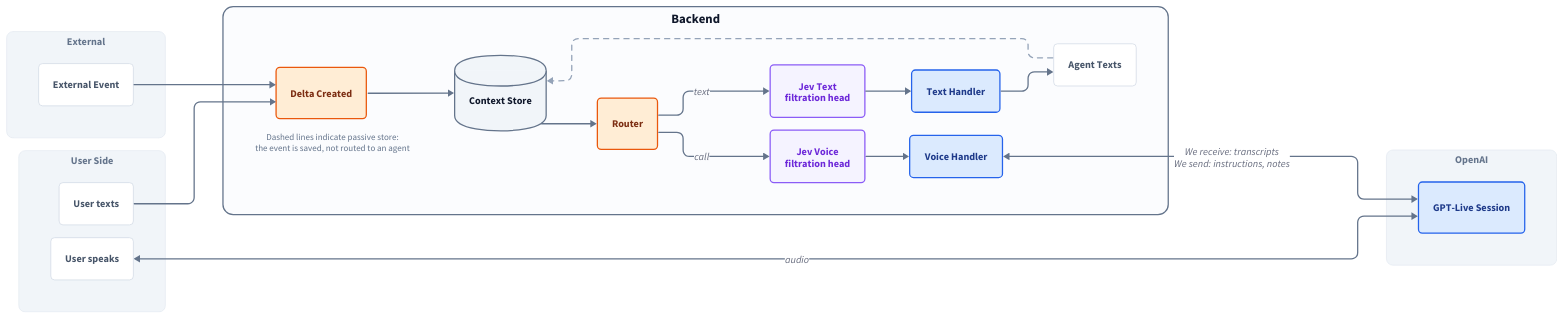
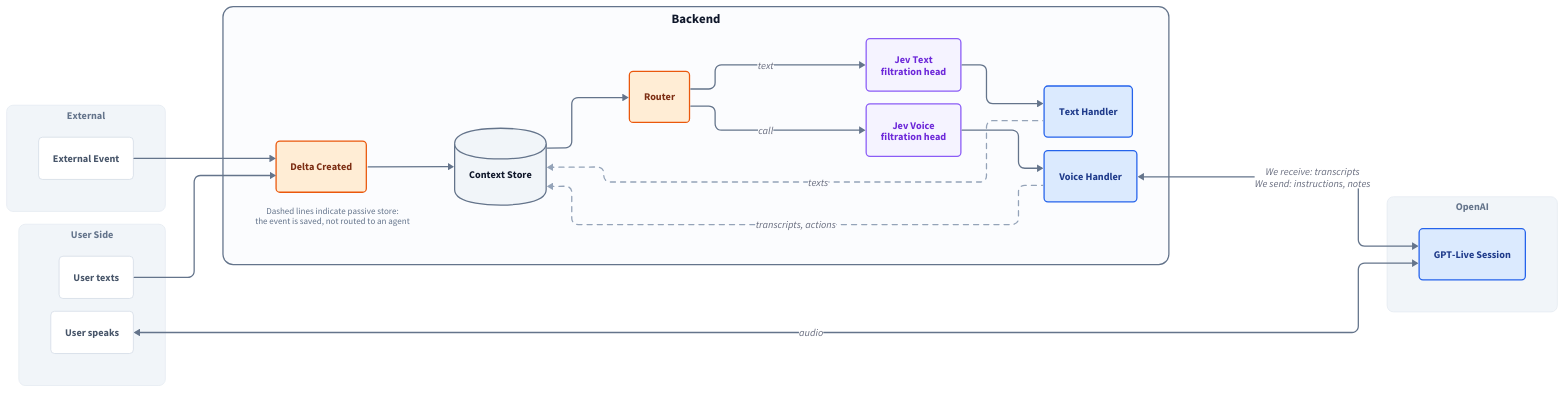
The diagram in docs/diagrams/routing.d2 (scaryjoshie/persona-takehome), drawn with D2 before and after one commit. The commit also changed 3 other files, not shown here.

Commit message:
Routing diagram: the Text Handler writes texts and the Voice Handler transcripts and actions to the Context Store

```diff
--- a/docs/diagrams/routing.d2
+++ b/docs/diagrams/routing.d2
@@ -1,65 +1,65 @@
 # Event routing. Render: d2 routing.d2 routing.svg
 # Styling follows cado's tools/depgraph/arch.d2: white leaves on tinted trays, slate edges.
 vars: {
   d2-config: { layout-engine: elk; theme-id: 0; pad: 40 }
 }
 direction: right
 
 classes: {
   leaf: { style: { fill: "#FFFFFF"; stroke: "#CBD5E1"; stroke-width: 1; border-radius: 6; font-color: "#475569" } }
   flow: { style: { fill: "#FFEDD5"; stroke: "#EA580C"; stroke-width: 2; border-radius: 6; font-color: "#7C2D12"; bold: true } }
   agent: { style: { fill: "#DBEAFE"; stroke: "#2563EB"; stroke-width: 2; border-radius: 6; font-color: "#1E3A8A" } }
   jev: { style: { fill: "#F5F3FF"; stroke: "#8B5CF6"; stroke-width: 2; border-radius: 6; font-color: "#6D28D9"; italic: true } }
   store: { shape: cylinder; style: { fill: "#F1F5F9"; stroke: "#64748B"; stroke-width: 2; font-color: "#0F172A" } }
   domain: { style: { fill: "#FBFCFE"; stroke: "#64748B"; stroke-width: 2; border-radius: 16; font-color: "#0F172A"; bold: true; font-size: 20 } }
   layer: { style: { fill: "#F1F5F9"; stroke: "#E2E8F0"; stroke-width: 1; border-radius: 10; font-color: "#64748B"; font-size: 16; bold: true } }
   wire: { style: { stroke: "#64748B"; stroke-width: 2 } }
   passive: { style: { stroke: "#94A3B8"; stroke-width: 2; stroke-dash: 4 } }
 }
 
 external: "External" {
   class: layer
   event: "External Event" { class: leaf }
 }
 
 user: "User Side" {
   class: layer
   texts: "User texts" { class: leaf }
   speaks: "User speaks" { class: leaf }
 }
 
 backend: "Backend" {
   class: domain
   delta: "Delta Created" { class: flow }
   store: "Context Store" { class: store }
   router: "Router" { class: flow }
   jev_text: "Jev Text\nfiltration head" { class: jev }
   jev_voice: "Jev Voice\nfiltration head" { class: jev }
   text: "Text Handler" { class: agent }
   voice: "Voice Handler" { class: agent }
-  agent_texts: "Agent Texts" { class: leaf }
   note: "Dashed lines indicate passive store:\nthe event is saved, not routed to an agent" {
     shape: text
     style.font-color: "#64748B"
     style.font-size: 14
   }
 
   delta -> store: { class: wire }
   store -> router: { class: wire }
   router -> jev_text: "text" { class: wire }
   router -> jev_voice: "call" { class: wire }
   jev_text -> text: { class: wire }
   jev_voice -> voice: { class: wire }
-  text -> agent_texts: { class: wire }
-  agent_texts -> store: { class: passive }
+  # written store <- handler so these don't change the left-to-right order
+  store <- text: "texts" { class: passive }
+  store <- voice: "transcripts, actions" { class: passive }
 }
 
 openai: "OpenAI" {
   class: layer
   live: "GPT-Live Session" { class: agent }
 }
 
 external.event -> backend.delta: { class: wire }
 user.texts -> backend.delta: { class: wire }
 user.speaks <-> openai.live: "audio" { class: wire }
 backend.voice <-> openai.live: "We receive: transcripts\nWe send: instructions, notes" { class: wire }
```
